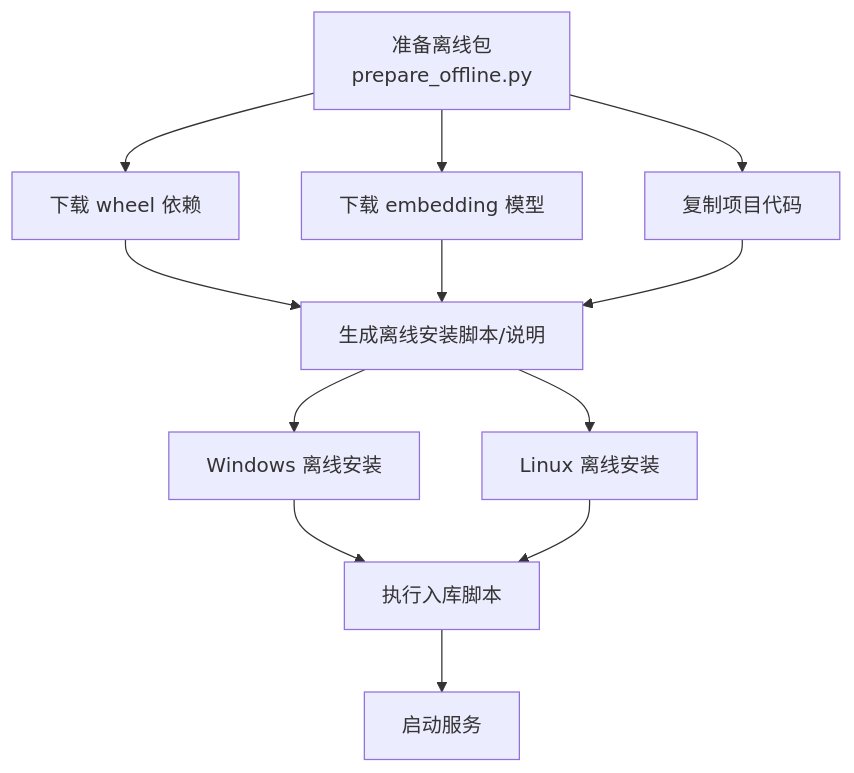
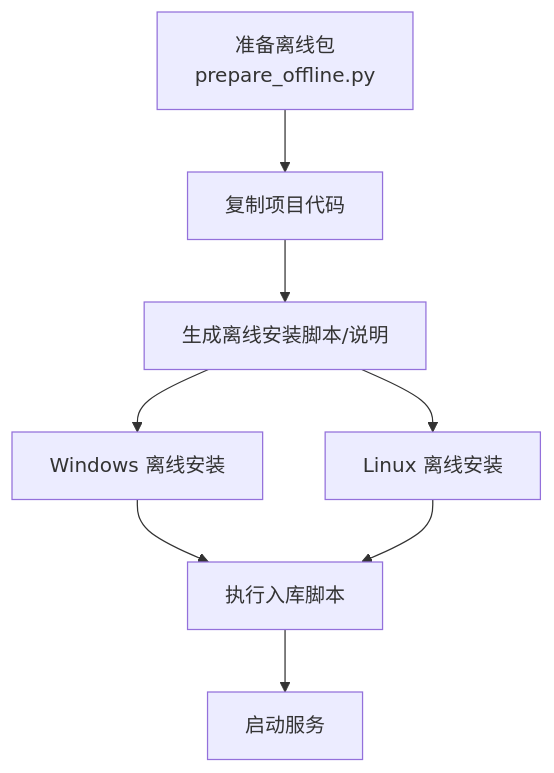
The fifth of 6 diagrams in .qoder/repowiki/zh/content/部署与运维/安装部署脚本/安装部署脚本.md (joyafa/knowledge), drawn with Mermaid before and after one commit. The commit also changed other lines of this file and 5 other files, not shown here.

````diff
--- a/.qoder/repowiki/zh/content/部署与运维/安装部署脚本/安装部署脚本.md
+++ b/.qoder/repowiki/zh/content/部署与运维/安装部署脚本/安装部署脚本.md
@@ -240,14 +259,10 @@
 ```mermaid
 flowchart TD
-Prep["准备离线包<br/>prepare_offline.py"] --> DLWheels["下载 wheel 依赖"]
-Prep --> DLModel["下载 embedding 模型"]
-Prep --> CPProject["复制项目代码"]
-DLWheels --> GenScripts["生成离线安装脚本/说明"]
-DLModel --> GenScripts
-CPProject --> GenScripts
+Prep["准备离线包<br/>prepare_offline.py"] --> CPProject["复制项目代码"]
+CPProject --> GenScripts["生成离线安装脚本/说明"]
 GenScripts --> DeployWin["Windows 离线安装"]
 GenScripts --> DeployLin["Linux 离线安装"]
 DeployWin --> Ingest["执行入库脚本"]
 DeployLin --> Ingest
 Ingest --> Run["启动服务"]
 ```
````
